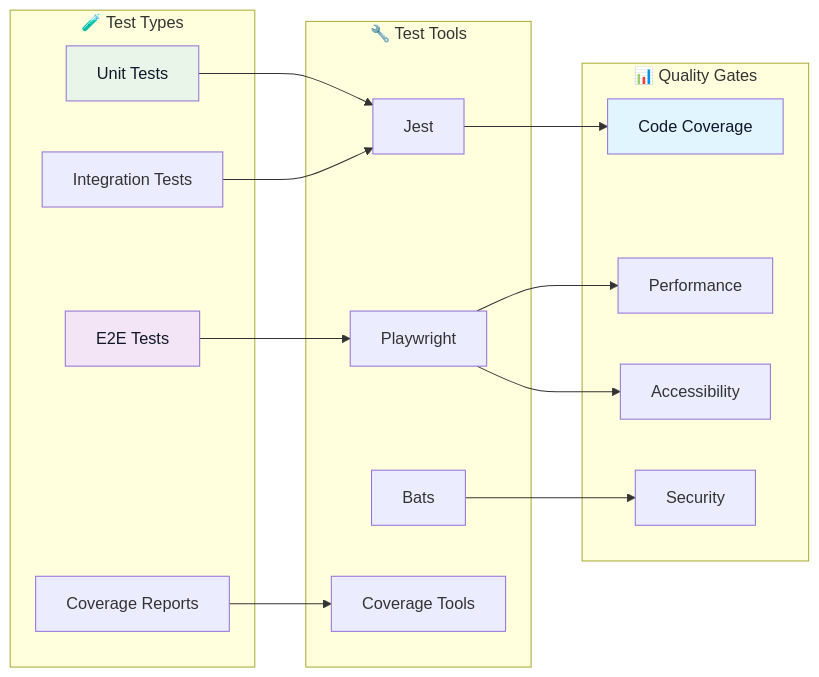
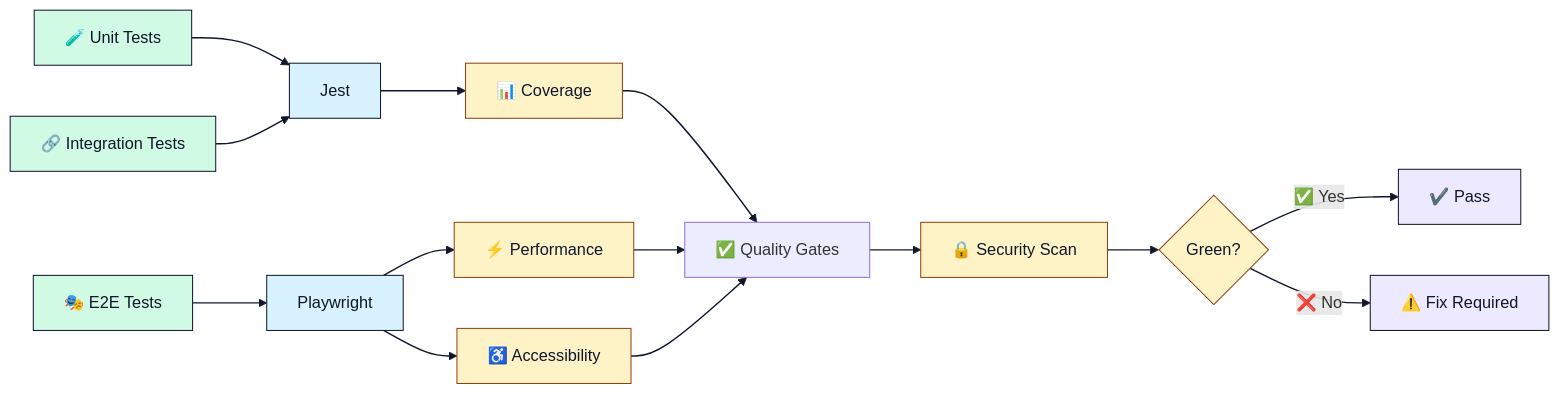
One commit to lightspeedwp/.github changed the fourth of 4 diagrams in README.md. Above: the diagram before and after it, drawn with Mermaid. The commit also changed other lines of this file, not shown here.

````diff
--- a/README.md
+++ b/README.md
@@ -474,39 +349,38 @@
 ```mermaid
 flowchart LR
-  accTitle: Testing Architecture & Flow
-  accDescr: Flowchart diagram showing testing architecture & flow
-    subgraph "🧪 Test Types"
-        A[Unit Tests]
-        B[Integration Tests]
-        C[E2E Tests]
-        D[Coverage Reports]
-    end
+  accTitle: "Testing architecture and quality pipeline"
+  accDescr {
+    Left-to-right flowchart showing how test types (unit, integration, E2E)
+    map to tools (Jest, Playwright), which feed into quality gates
+    (coverage, performance, accessibility, security).
+  }
 
-    subgraph "🔧 Test Tools"
-        E[Jest]
-        F[Playwright]
-        G[Bats]
-        H[Coverage Tools]
-    end
+  A["🧪 Unit Tests"] --> B["Jest"]
+  C["🔗 Integration Tests"] --> B
+  D["🎭 E2E Tests"] --> E["Playwright"]
+  
+  B --> F["📊 Coverage"]
+  E --> G["⚡ Performance"]
+  E --> H["♿ Accessibility"]
+  
+  F --> I["✅ Quality Gates"]
+  G --> I
+  H --> I
+  
+  I --> J["🔒 Security Scan"]
+  J --> K{Green?}
+  K -->|✅ Yes| L["✔️ Pass"]
+  K -->|❌ No| M["⚠️ Fix Required"]
 
-    subgraph "📊 Quality Gates"
-        I[Code Coverage]
-        J[Performance]
-        K[Accessibility]
-        L[Security]
-    end
+  classDef test fill:#d1fae5,stroke:#0f172a,color:#0f172a
+  classDef tool fill:#d9f2ff,stroke:#0f172a,color:#0f172a
+  classDef gate fill:#fef3c7,stroke:#92400e,color:#0f172a
+  classDef result fill:#ede9fe,stroke:#0f172a,color:#0f172a
 
-    A --> E
-    B --> E
-    C --> F
-    D --> H
+  class A,C,D test
+  class B,E tool
+  class F,G,H,J,K gate
+  class L,M result
 
-    E --> I
-    F --> J
-    F --> K
-    G --> L
-
-    style A fill:#e8f5e8,color:#0f172a
-    style C fill:#f3e5f5,color:#0f172a
-    style I fill:#e1f5fe,color:#0f172a
+  linkStyle default stroke:#0f172a,stroke-width:1.4px
 ```
````
